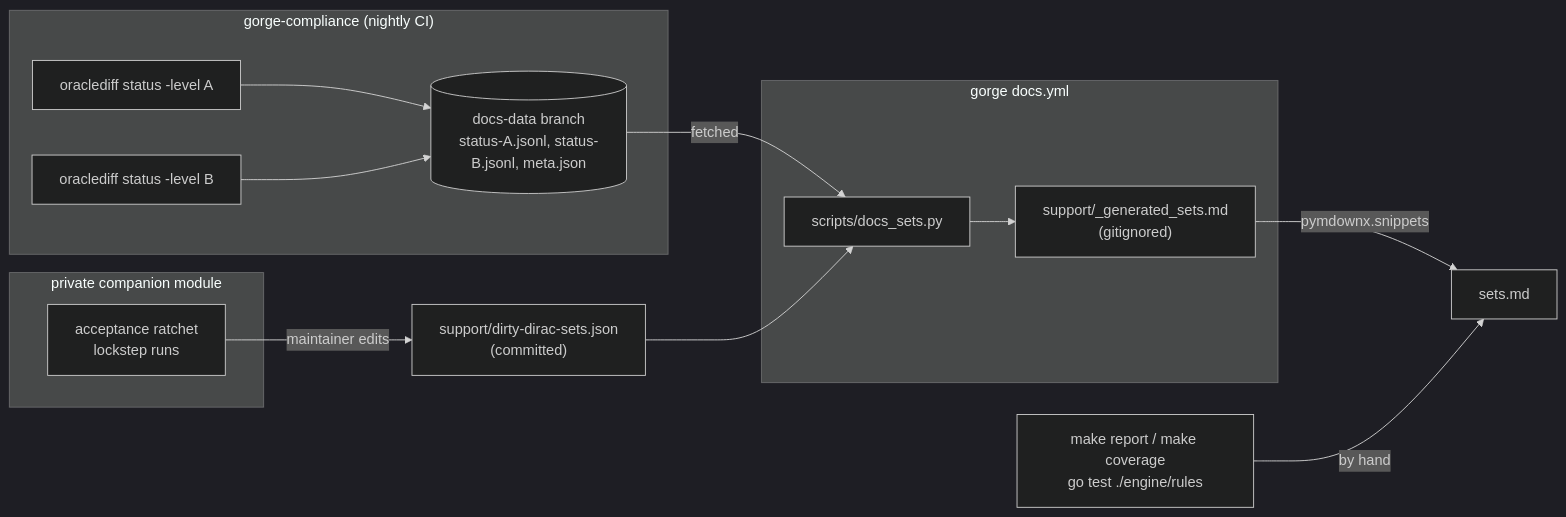
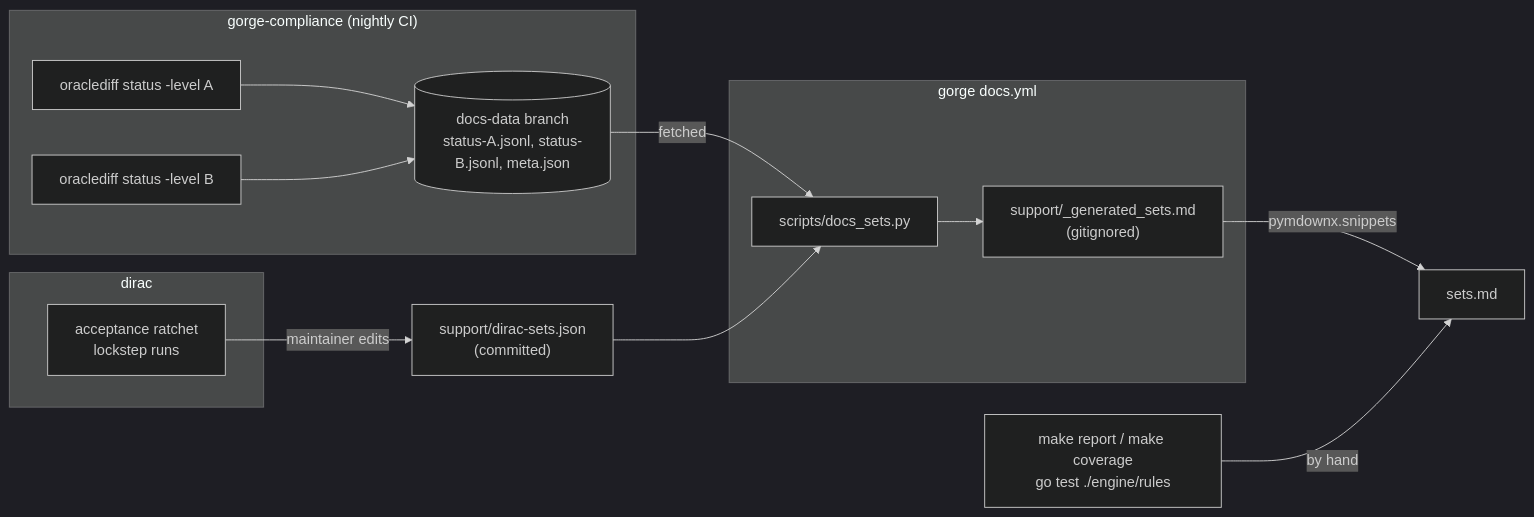
Before and after one commit to adams-shaun/gorge: the diagram in docs/site/support/regenerating.md, drawn with Mermaid (dark theme). The commit also changed other lines of this file and 2 other files, not shown here.

Commit message:
docs(support): set figures match the tree on 2026-10-31; nav says dirac and drops the roadmap

````diff
--- a/docs/site/support/regenerating.md
+++ b/docs/site/support/regenerating.md
@@ -22,18 +22,18 @@
 ```mermaid
 flowchart LR
   subgraph gc["gorge-compliance (nightly CI)"]
     SA["oraclediff status -level A"] --> DD[("docs-data branch<br/>status-A.jsonl, status-B.jsonl, meta.json")]
     SB["oraclediff status -level B"] --> DD
   end
-  subgraph priv["private companion module"]
+  subgraph priv["dirac"]
     RK["acceptance ratchet<br/>lockstep runs"]
   end
-  RK -->|"maintainer edits"| SNAP["support/dirty-dirac-sets.json<br/>(committed)"]
+  RK -->|"maintainer edits"| SNAP["support/dirac-sets.json<br/>(committed)"]
   subgraph build["gorge docs.yml"]
     DS["scripts/docs_sets.py"] --> FR["support/_generated_sets.md<br/>(gitignored)"]
   end
   DD -->|fetched| DS
   SNAP --> DS
   FR -->|"pymdownx.snippets"| SETS["sets.md"]
   R["make report / make coverage<br/>go test ./engine/rules"] -->|"by hand"| SETS
 ```
````
